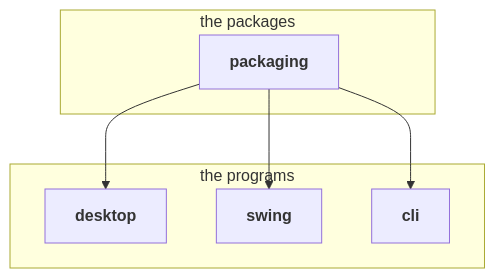
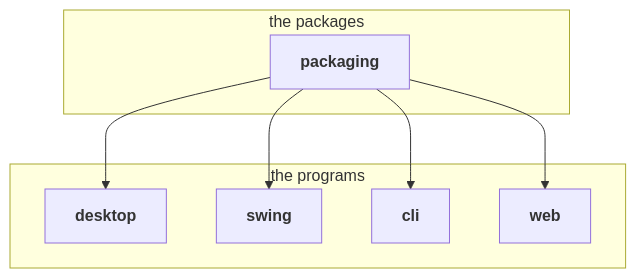
The fourth of 4 diagrams in docs/developing.md (loplex/sandbox_testing_repo_1), drawn with Mermaid before and after one commit. The commit also changed other lines of this file and 15 other files, not shown here.

````diff
--- a/docs/developing.md
+++ b/docs/developing.md
@@ -181,16 +181,18 @@
 ```mermaid
 graph TD
     subgraph packages [the packages]
         packaging
     end
     subgraph programs [the programs]
         desktop
         swing
         cli
+        web
     end
     packaging --> desktop
     packaging --> swing
     packaging --> cli
+    packaging --> web
     classDef program font-weight:bold
-    class packaging,desktop,swing,cli program
+    class packaging,desktop,swing,cli,web program
 ```
````
